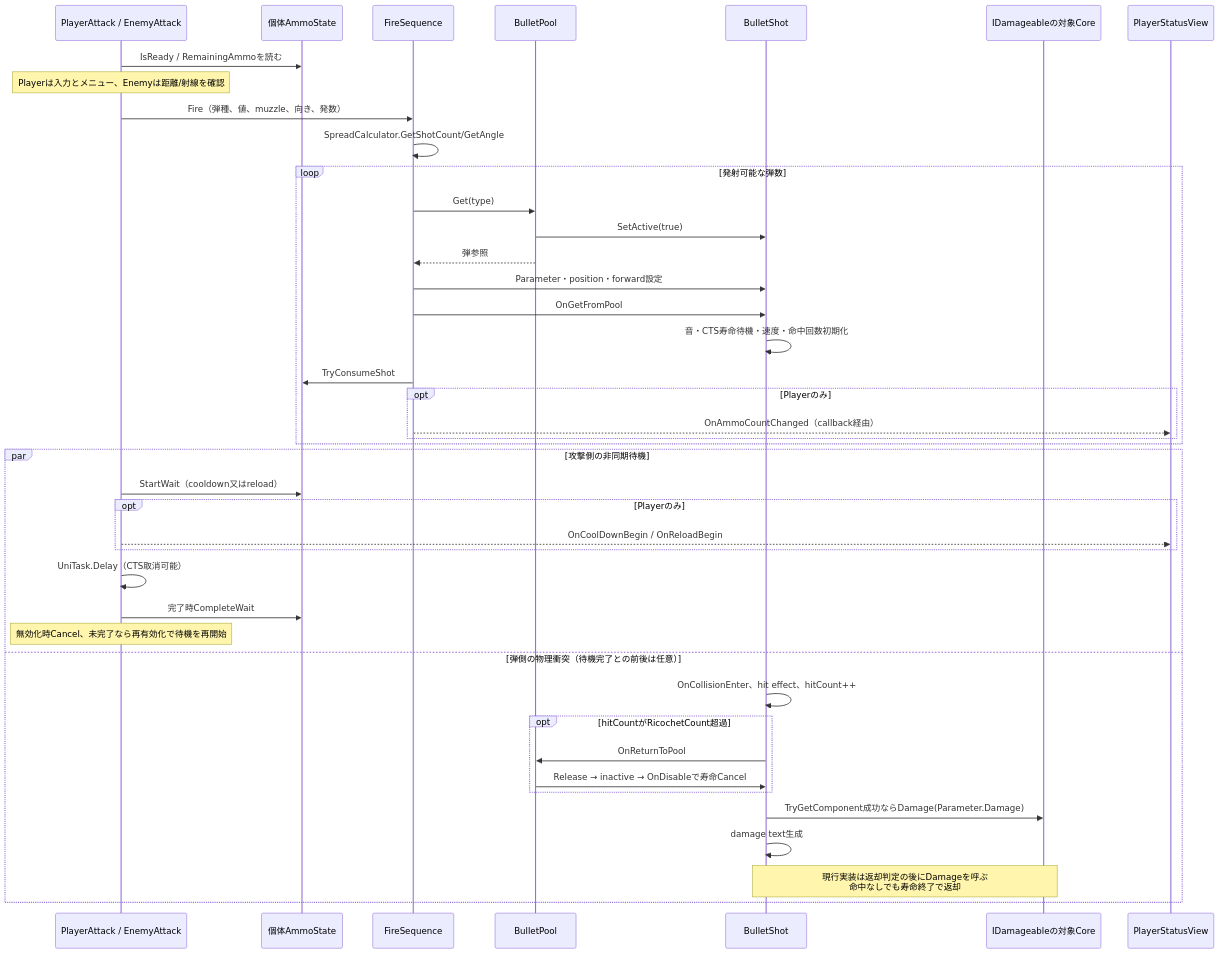
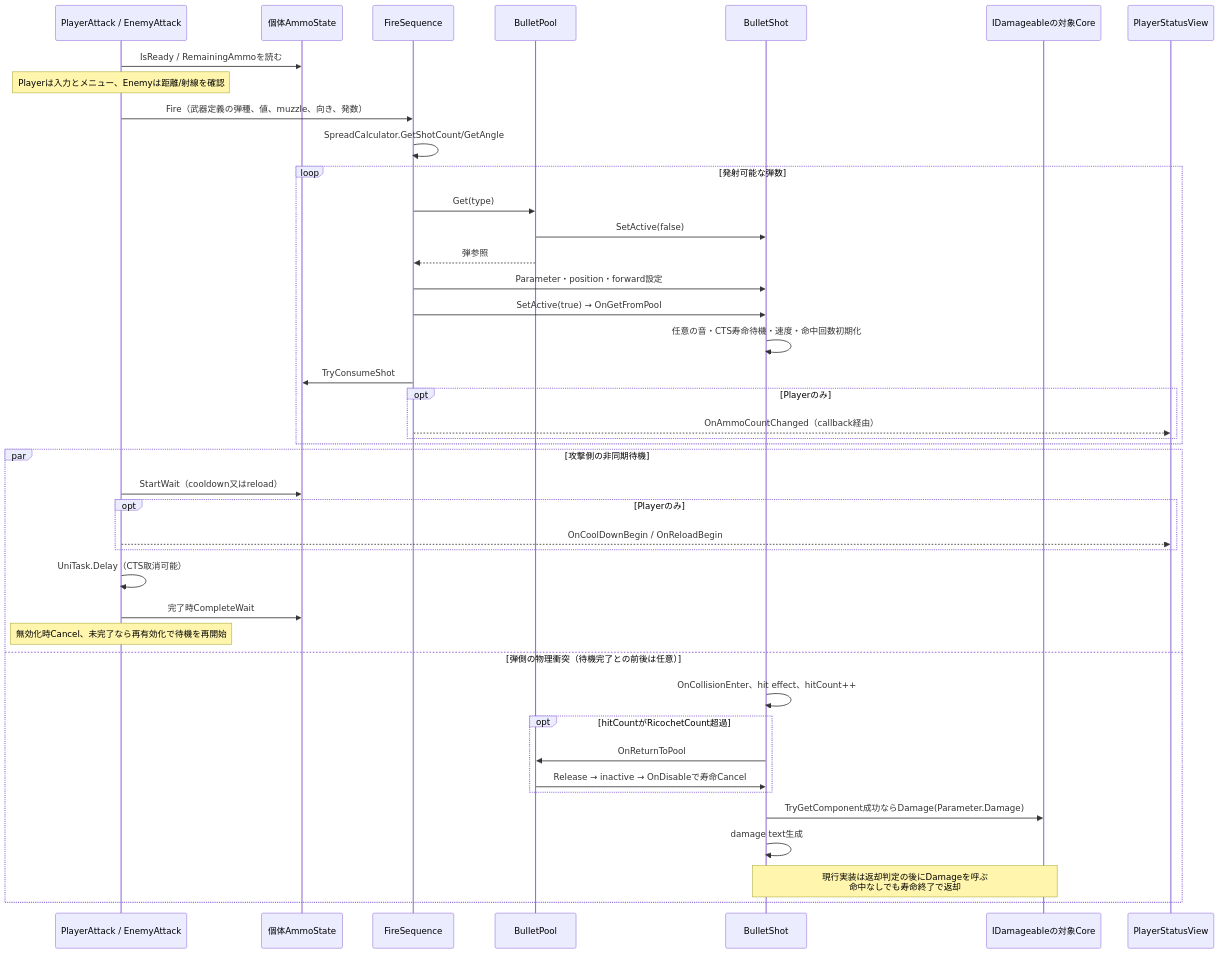
Before and after one commit to AoiTomiyama/kojinProjectFeb3D: the second of 4 diagrams in docs/specs/architecture-sequences.md, drawn with Mermaid. The commit also changed 11 other files, not shown here.

````diff
--- a/docs/specs/architecture-sequences.md
+++ b/docs/specs/architecture-sequences.md
@@ -48,44 +48,44 @@
 ```mermaid
 sequenceDiagram
     participant A as PlayerAttack / EnemyAttack
     participant W as 個体AmmoState
     participant F as FireSequence
     participant P as BulletPool
     participant B as BulletShot
     participant D as IDamageableの対象Core
     participant UI as PlayerStatusView
     A->>W: IsReady / RemainingAmmoを読む
     Note over A: Playerは入力とメニュー、Enemyは距離/射線を確認
-    A->>F: Fire（弾種、値、muzzle、向き、発数）
+    A->>F: Fire（武器定義の弾種、値、muzzle、向き、発数）
     F->>F: SpreadCalculator.GetShotCount/GetAngle
     loop 発射可能な弾数
       F->>P: Get(type)
-      P->>B: SetActive(true)
+      P->>B: SetActive(false)
       P-->>F: 弾参照
       F->>B: Parameter・position・forward設定
-      F->>B: OnGetFromPool
-      B->>B: 音・CTS寿命待機・速度・命中回数初期化
+      F->>B: SetActive(true) → OnGetFromPool
+      B->>B: 任意の音・CTS寿命待機・速度・命中回数初期化
       F->>W: TryConsumeShot
       opt Playerのみ
         F-->>UI: OnAmmoCountChanged（callback経由）
       end
     end
     par 攻撃側の非同期待機
       A->>W: StartWait（cooldown又はreload）
     opt Playerのみ
       A-->>UI: OnCoolDownBegin / OnReloadBegin
     end
     A->>A: UniTask.Delay（CTS取消可能）
     A->>W: 完了時CompleteWait
       Note over A: 無効化時Cancel、未完了なら再有効化で待機を再開始
     and 弾側の物理衝突（待機完了との前後は任意）
     B->>B: OnCollisionEnter、hit effect、hitCount++
     opt hitCountがRicochetCount超過
       B->>P: OnReturnToPool
       P->>B: Release → inactive → OnDisableで寿命Cancel
     end
     B->>D: TryGetComponent成功ならDamage(Parameter.Damage)
     B->>B: damage text生成
     Note over B,D: 現行実装は返却判定の後にDamageを呼ぶ<br/>命中なしでも寿命終了で返却
     end
 ```
````
